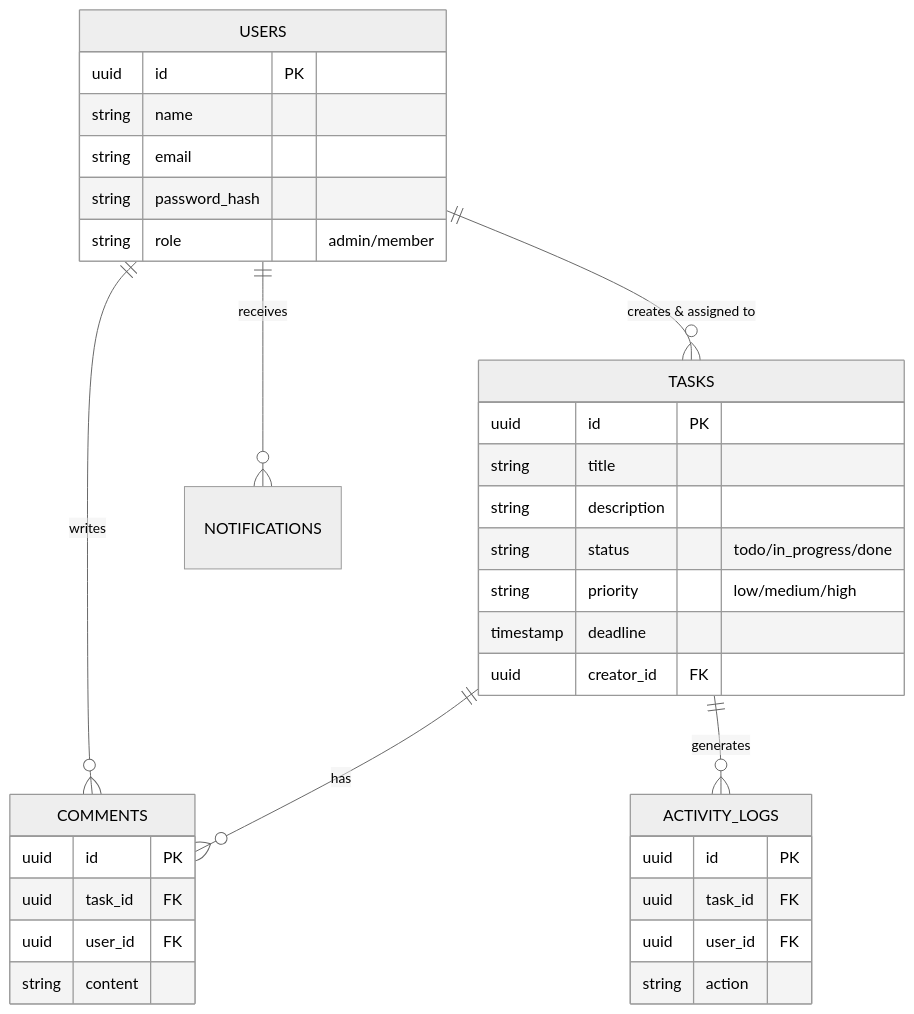
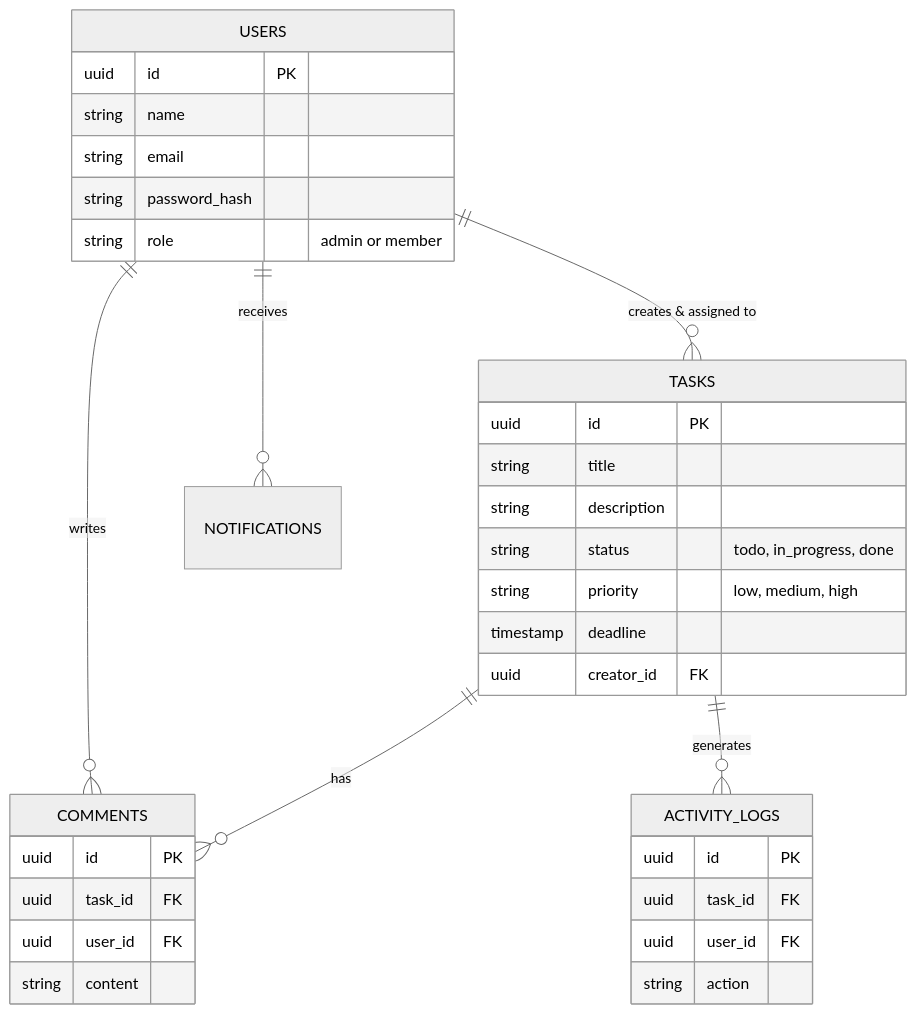
Before and after one commit to Lavesh-Kartik/Task-Management-System: the second of 2 diagrams in README.md, drawn with Mermaid (neutral theme). The commit also changed other lines of this file, not shown here.

Commit message:
docs: update mermaid diagram syntax and clarify schema descriptions in README

````diff
--- a/README.md
+++ b/README.md
@@ -25,40 +25,40 @@
 ```mermaid
 erDiagram
     USERS ||--o{ TASKS : "creates & assigned to"
     USERS ||--o{ COMMENTS : "writes"
     USERS ||--o{ NOTIFICATIONS : "receives"
     TASKS ||--o{ COMMENTS : "has"
     TASKS ||--o{ ACTIVITY_LOGS : "generates"
     
     USERS {
         uuid id PK
         string name
         string email
         string password_hash
-        string role "admin/member"
+        string role "admin or member"
     }
     
     TASKS {
         uuid id PK
         string title
         string description
-        string status "todo/in_progress/done"
-        string priority "low/medium/high"
+        string status "todo, in_progress, done"
+        string priority "low, medium, high"
         timestamp deadline
         uuid creator_id FK
     }
     
     COMMENTS {
         uuid id PK
         uuid task_id FK
         uuid user_id FK
         string content
     }
     
     ACTIVITY_LOGS {
         uuid id PK
         uuid task_id FK
         uuid user_id FK
         string action
     }
 ```
````
